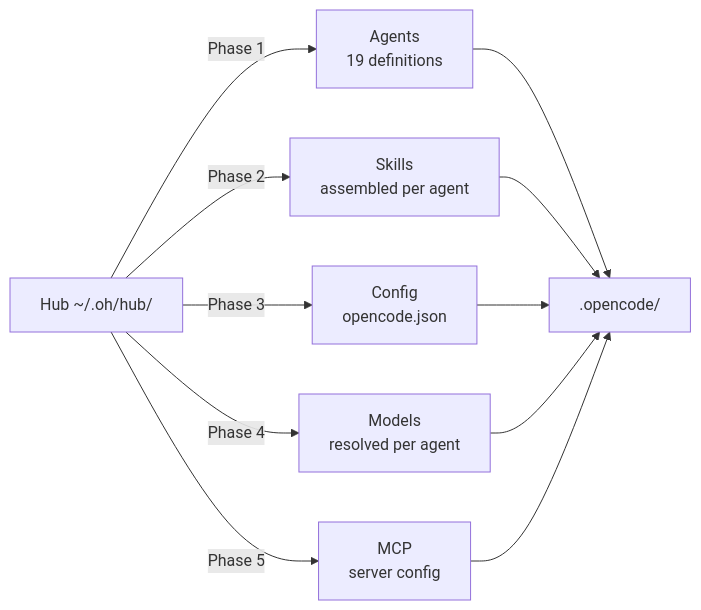
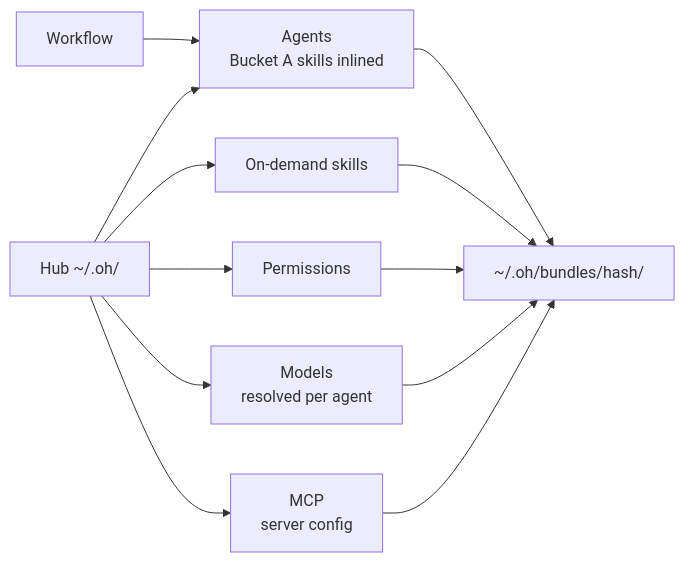
The second of 3 diagrams in docs/guides/configuration-guide.en.md (datichb/openhub), drawn with Mermaid before and after one commit. The commit also changed other lines of this file and 92 other files, not shown here.

````diff
--- a/docs/guides/configuration-guide.en.md
+++ b/docs/guides/configuration-guide.en.md
@@ -229,13 +231,14 @@
 ```mermaid
 flowchart LR
-    H[Hub ~/.oh/hub/] -->|Phase 1| A[Agents<br/>19 definitions]
-    H -->|Phase 2| S[Skills<br/>assembled per agent]
-    H -->|Phase 3| C[Config<br/>opencode.json]
-    H -->|Phase 4| M[Models<br/>resolved per agent]
-    H -->|Phase 5| MCP[MCP<br/>server config]
-    A --> D[.opencode/]
+    W[Workflow] --> A[Agents<br/>Bucket A skills inlined]
+    H[Hub ~/.oh/] --> A
+    H --> S[On-demand skills]
+    H --> P[Permissions]
+    H --> M[Models<br/>resolved per agent]
+    H --> MCP[MCP<br/>server config]
+    A --> D[~/.oh/bundles/hash/]
     S --> D
-    C --> D
+    P --> D
     M --> D
     MCP --> D
 ```
````
